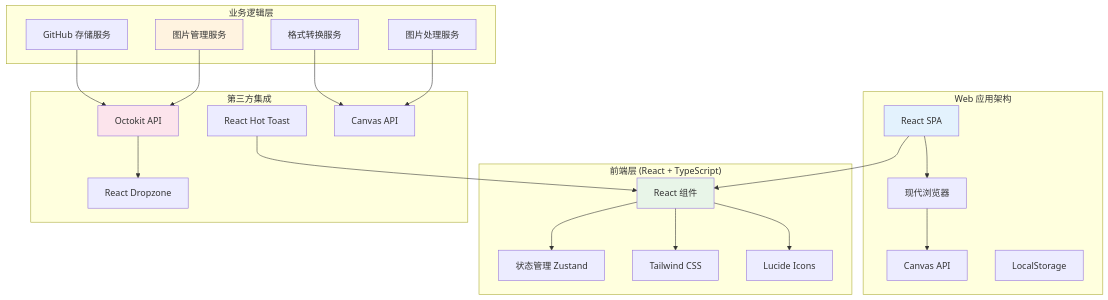
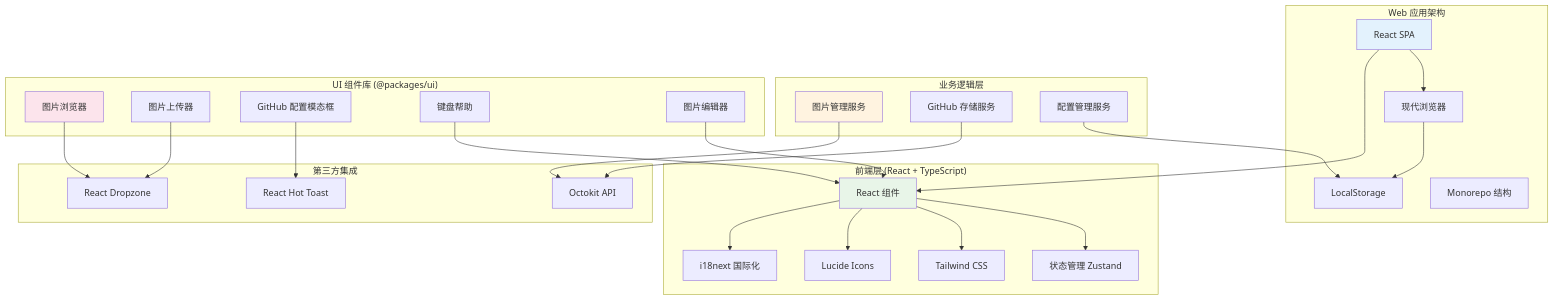
Before and after one commit to trueLoving/Pixuli: the second of 2 diagrams in apps/web/README.md, drawn with Mermaid. The commit also changed other lines of this file and 6 other files, not shown here.

````diff
--- a/apps/web/README.md
+++ b/apps/web/README.md
@@ -50,50 +53,60 @@
 ```mermaid
 graph TB
     subgraph "Web 应用架构"
         A[React SPA]
         B[现代浏览器]
-        C[Canvas API]
-        D[LocalStorage]
+        C[LocalStorage]
+        D[Monorepo 结构]
     end
     
     subgraph "前端层 (React + TypeScript)"
         E[React 组件]
         F[状态管理 Zustand]
         G[Tailwind CSS]
         H[Lucide Icons]
+        I[i18next 国际化]
     end
     
     subgraph "业务逻辑层"
-        I[图片管理服务]
-        J[GitHub 存储服务]
-        K[图片处理服务]
-        L[格式转换服务]
+        J[图片管理服务]
+        K[GitHub 存储服务]
+        L[配置管理服务]
+    end
+    
+    subgraph "UI 组件库 (@packages/ui)"
+        N[图片浏览器]
+        O[图片上传器]
+        P[GitHub 配置模态框]
+        Q[键盘帮助]
+        R[图片编辑器]
     end
     
     subgraph "第三方集成"
-        M[Octokit API]
-        N[React Dropzone]
-        O[React Hot Toast]
-        P[Canvas API]
+        S[Octokit API]
+        T[React Hot Toast]
+        U[React Dropzone]
     end
     
     A --> B
     B --> C
     A --> E
     E --> F
     E --> G
     E --> H
+    E --> I
     
-    I --> M
-    J --> M
-    K --> P
-    L --> P
+    J --> S
+    K --> S
+    L --> C
     
-    M --> N
-    O --> E
+    N --> U
+    O --> U
+    P --> T
+    Q --> E
+    R --> E
     
     style A fill:#e3f2fd
     style E fill:#e8f5e8
-    style I fill:#fff3e0
-    style M fill:#fce4ec
+    style J fill:#fff3e0
+    style N fill:#fce4ec
 ```
````
